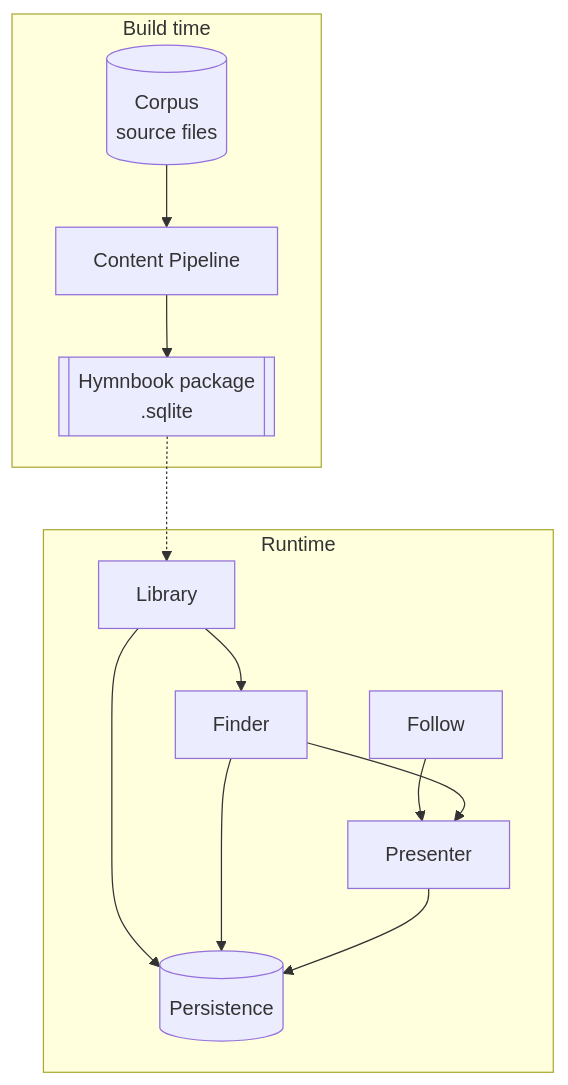
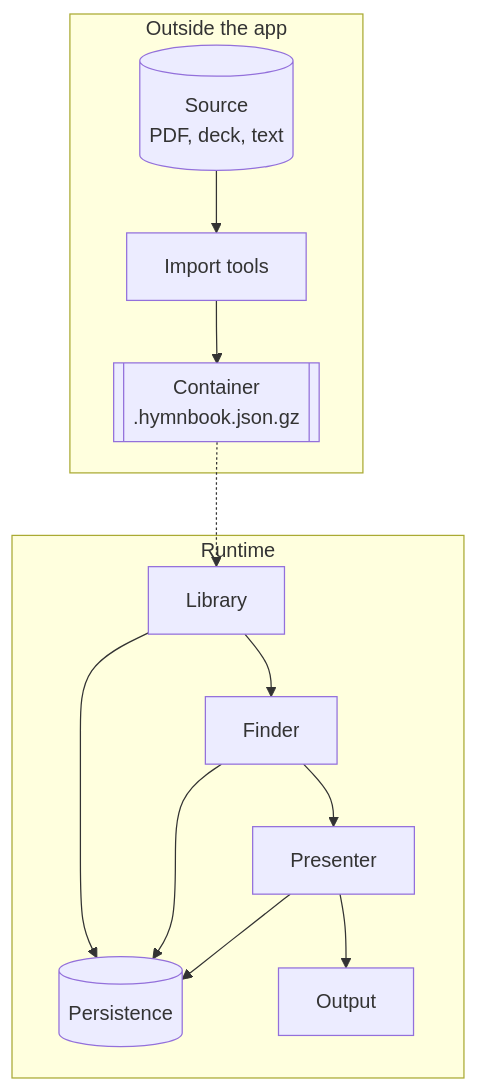
Before and after one commit to nandgator/hymnal: the second of 5 diagrams in docs/architecture/arc42.md, drawn with Mermaid. The commit also changed other lines of this file and 11 other files, not shown here.

````diff
--- a/docs/architecture/arc42.md
+++ b/docs/architecture/arc42.md
@@ -214,24 +220,24 @@
 ```mermaid
 flowchart TB
-    subgraph Build["Build time"]
-        Corpus[(Corpus<br/>source files)]
-        Pipeline[Content Pipeline]
-        Pkg[[Hymnbook package<br/>.sqlite]]
-        Corpus --> Pipeline --> Pkg
+    subgraph Build["Outside the app"]
+        Source[(Source<br/>PDF, deck, text)]
+        Tools[Import tools]
+        Pkg[[Container<br/>.hymnbook.json.gz]]
+        Source --> Tools --> Pkg
     end
 
     subgraph App["Runtime"]
         Library[Library]
         Finder[Finder]
         Presenter[Presenter]
-        Follow[Follow]
+        Output[Output]
         Store[(Persistence)]
     end
 
     Pkg -.-> Library
     Library --> Store
     Finder --> Store
     Presenter --> Store
-    Follow --> Presenter
     Library --> Finder --> Presenter
+    Presenter --> Output
 ```
````
